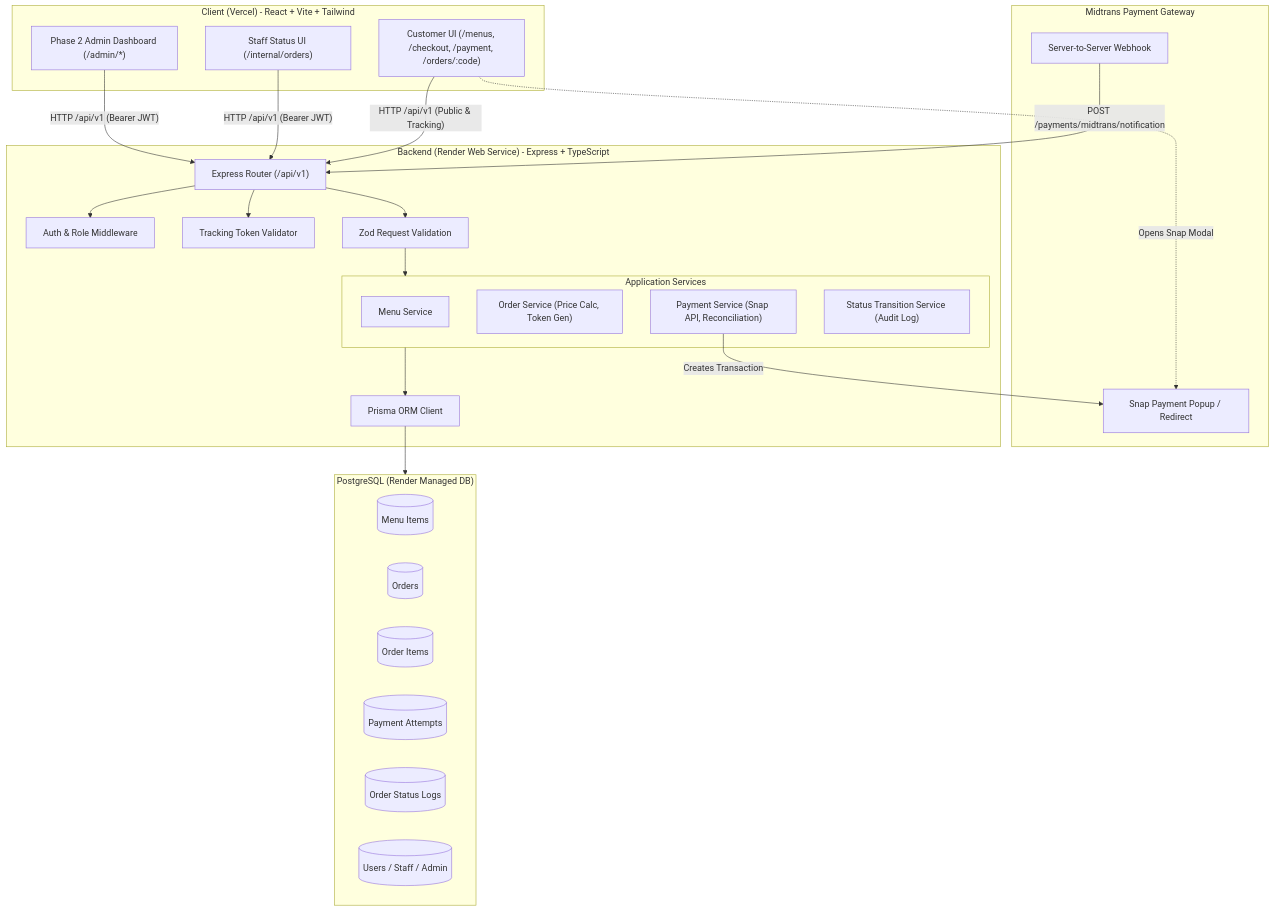
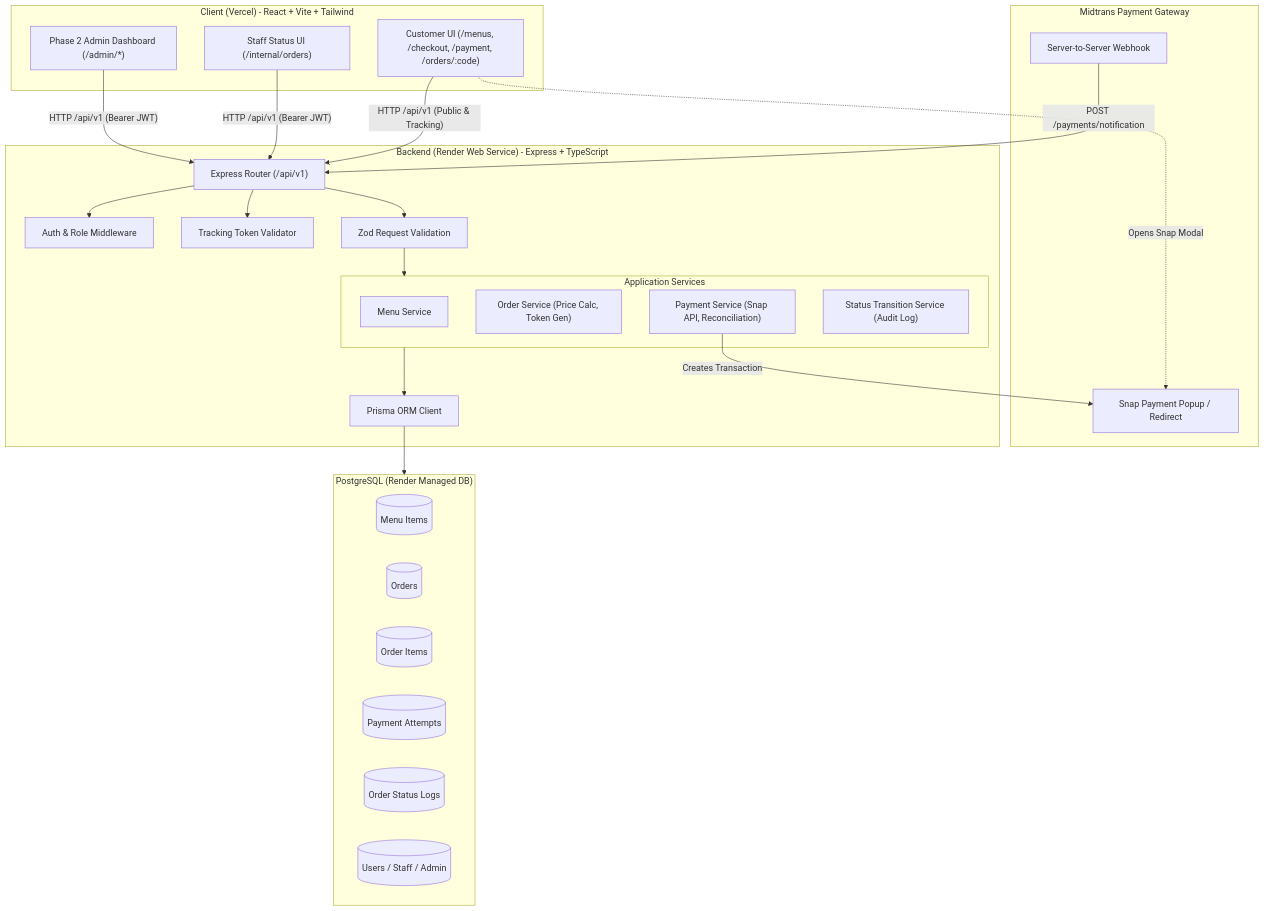
One commit to niaueow/pos-mavera changed the diagram in docs/IMPLEMENTATION_PLAN.md. Above: the diagram before and after it, drawn with Mermaid. The commit also changed other lines of this file and 13 other files, not shown here.

Commit message:
feat: integrate Midtrans Snap and webhook

````diff
--- a/docs/IMPLEMENTATION_PLAN.md
+++ b/docs/IMPLEMENTATION_PLAN.md
@@ -184,54 +184,54 @@
 ```mermaid
 graph TD
     subgraph Client ["Client (Vercel) - React + Vite + Tailwind"]
         UI_Guest["Customer UI (/menus, /checkout, /payment, /orders/:code)"]
         UI_Staff["Staff Status UI (/internal/orders)"]
         UI_Admin["Phase 2 Admin Dashboard (/admin/*)"]
     end
 
     subgraph Midtrans ["Midtrans Payment Gateway"]
         SnapModal["Snap Payment Popup / Redirect"]
         WebhookSender["Server-to-Server Webhook"]
     end
 
     subgraph Backend ["Backend (Render Web Service) - Express + TypeScript"]
         Router["Express Router (/api/v1)"]
         AuthMiddleware["Auth & Role Middleware"]
         TrackingMiddleware["Tracking Token Validator"]
         ZodValidator["Zod Request Validation"]
         
         subgraph Services ["Application Services"]
             MenuService["Menu Service"]
             OrderService["Order Service (Price Calc, Token Gen)"]
             PaymentService["Payment Service (Snap API, Reconciliation)"]
             StatusService["Status Transition Service (Audit Log)"]
         end
         
         PrismaClient["Prisma ORM Client"]
     end
 
     subgraph Database ["PostgreSQL (Render Managed DB)"]
         DB_Menu[("Menu Items")]
         DB_Order[("Orders")]
         DB_Item[("Order Items")]
         DB_Payment[("Payment Attempts")]
         DB_Log[("Order Status Logs")]
         DB_User[("Users / Staff / Admin")]
     end
 
     UI_Guest -->|"HTTP /api/v1 (Public & Tracking)"| Router
     UI_Staff -->|"HTTP /api/v1 (Bearer JWT)"| Router
     UI_Admin -->|"HTTP /api/v1 (Bearer JWT)"| Router
     
     UI_Guest -.->|"Opens Snap Modal"| SnapModal
     PaymentService -->|"Creates Transaction"| SnapModal
-    WebhookSender -->|"POST /payments/midtrans/notification"| Router
+    WebhookSender -->|"POST /payments/notification"| Router
 
     Router --> ZodValidator
     Router --> AuthMiddleware
     Router --> TrackingMiddleware
     
     ZodValidator --> Services
     Services --> PrismaClient
     PrismaClient --> Database
 ```
````
